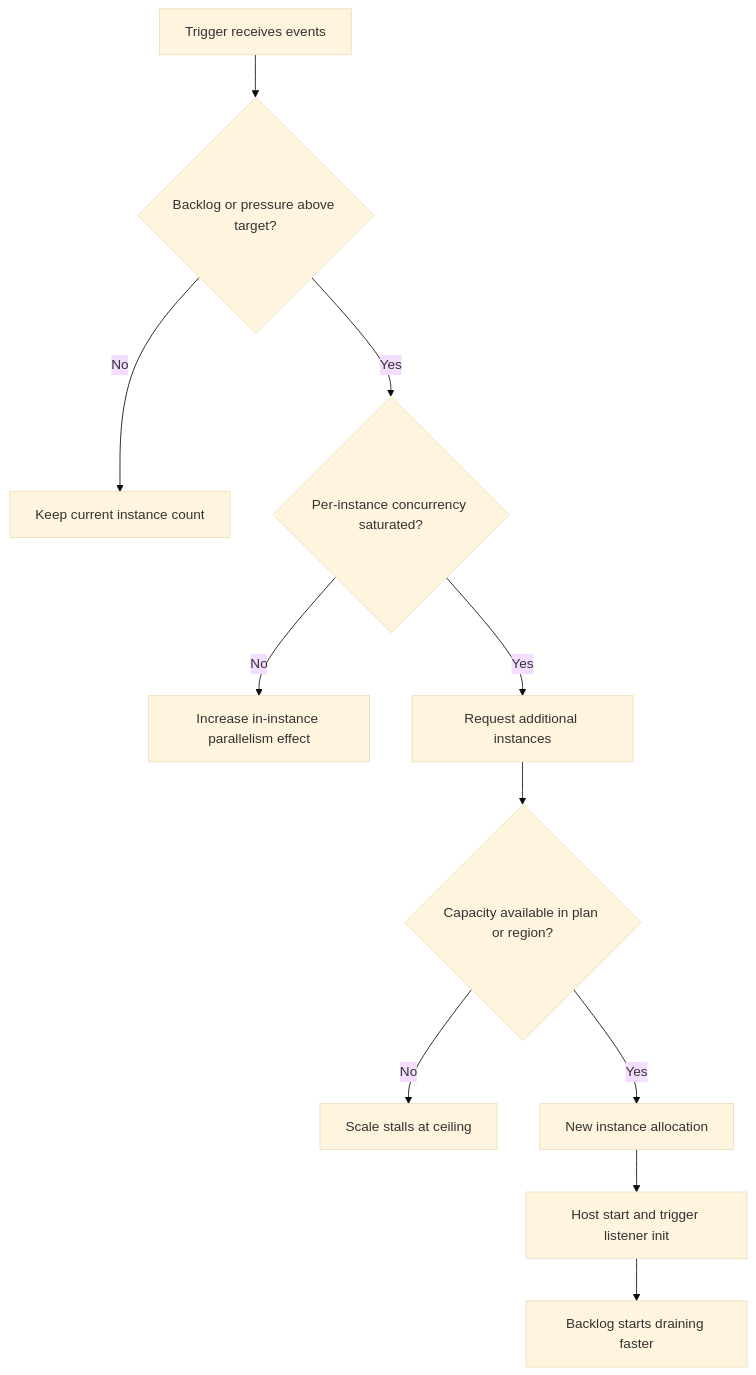
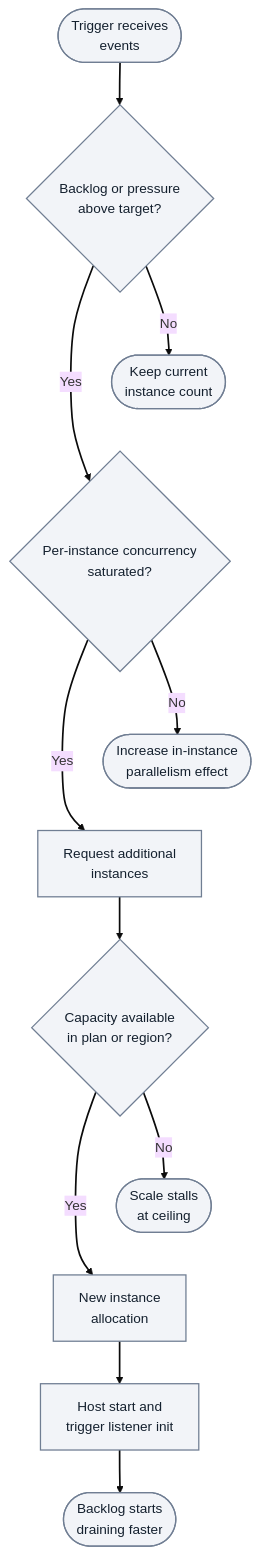
The third of 4 diagrams in docs/platform/scaling.md (yeongseon/azure-functions-practical-guide), drawn with Mermaid (base theme) before and after one commit. The commit also changed other lines of this file and 3 other files, not shown here.

First line of the commit message:
docs(diagrams): migrate Functions scaling and cold start — scaling and cold start and related pages (#428)

````diff
--- a/docs/platform/scaling.md
+++ b/docs/platform/scaling.md
@@ -268,13 +287,22 @@
 ```mermaid
 flowchart TD
-    A[Trigger receives events] --> B{Backlog or pressure above target?}
-    B -->|No| C[Keep current instance count]
-    B -->|Yes| D{Per-instance concurrency saturated?}
-    D -->|No| E[Increase in-instance parallelism effect]
-    D -->|Yes| F[Request additional instances]
-    F --> G{Capacity available in plan or region?}
-    G -->|No| H[Scale stalls at ceiling]
-    G -->|Yes| I[New instance allocation]
-    I --> J[Host start and trigger listener init]
-    J --> K[Backlog starts draining faster]
+    accTitle: Reasoning about scale-out constraints
+    accDescr: Illustrative decision model, not an exact autoscaler algorithm or a guarantee of higher throughput. No excess pressure keeps current capacity. Excess pressure checks per-instance concurrency; available concurrency permits in-instance parallelism, otherwise request instances and check plan or region capacity. No capacity stalls scale-out; available capacity leads to allocation, host and listener initialization, and the intended faster backlog drain, subject to downstream limits. Every Yes/No outcome remains explicit.
+    A(["Trigger receives<br/>events"]) --> B{"Backlog or pressure<br/>above target?"}
+    B -->|No| C(["Keep current<br/>instance count"])
+    B -->|Yes| D{"Per-instance concurrency<br/>saturated?"}
+    D -->|No| E(["Increase in-instance<br/>parallelism effect"])
+    D -->|Yes| F["Request additional<br/>instances"]
+    F --> G{"Capacity available<br/>in plan or region?"}
+    G -->|No| H(["Scale stalls<br/>at ceiling"])
+    G -->|Yes| I["New instance<br/>allocation"]
+    I --> J["Host start and<br/>trigger listener init"]
+    J --> K(["Backlog starts<br/>draining faster"])
+    %% Layout-only links tier outcomes; they add no scaling steps or semantic arrows.
+    C ~~~ D
+    E ~~~ F
+    H ~~~ I
+    classDef baseNeutral fill:#f2f4f8,stroke:#707e93,stroke-width:1.5px,color:#14202e;
+    class A,B,C,D,E,F,G,H,I,J,K baseNeutral;
+    linkStyle default stroke-width:2px;
 ```
````
